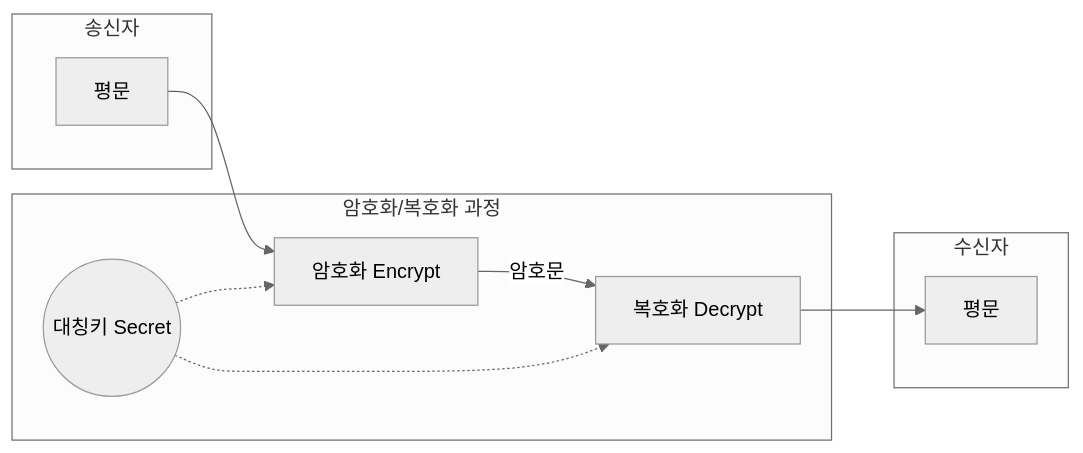
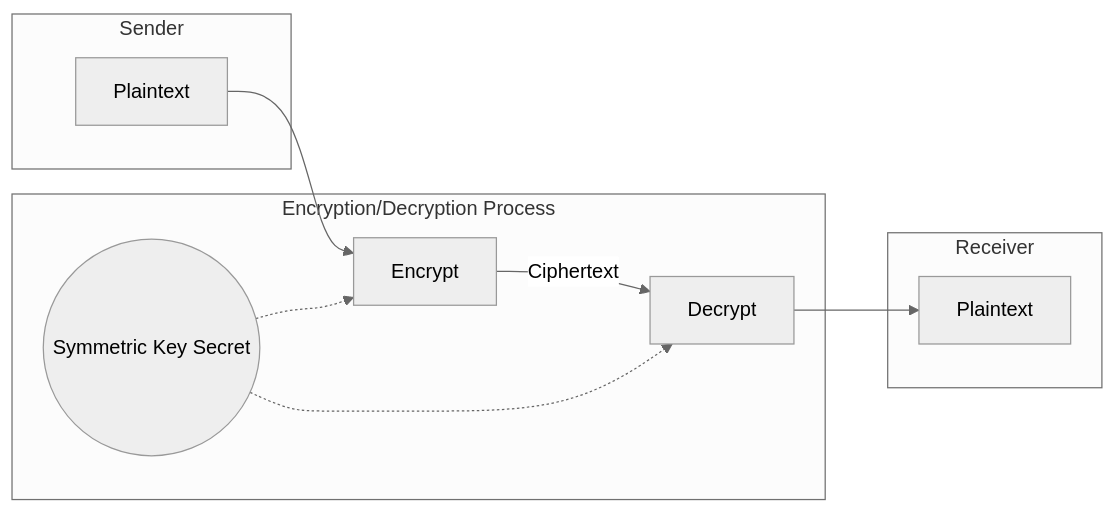
The first of 5 diagrams in content/security/01-foundation/13-crypto-basic-keys.md (jeonck/k8s-adv), drawn with Mermaid (neutral theme) before and after one commit. The commit also changed other lines of this file and 223 other files, not shown here.

````diff
--- a/content/security/01-foundation/13-crypto-basic-keys.md
+++ b/content/security/01-foundation/13-crypto-basic-keys.md
@@ -26,22 +26,22 @@
 ```mermaid
 flowchart LR
-    subgraph "송신자"
-    P1["평문"]
+    subgraph "Sender"
+    P1["Plaintext"]
     end
     
-    subgraph "수신자"
-    P2["평문"]
+    subgraph "Receiver"
+    P2["Plaintext"]
     end
 
-    subgraph "암호화/복호화 과정"
-    E["암호화 Encrypt"]
-    D["복호화 Decrypt"]
-    K(("대칭키 Secret"))
+    subgraph "Encryption/Decryption Process"
+    E["Encrypt"]
+    D["Decrypt"]
+    K(("Symmetric Key Secret"))
     end
 
     P1 --> E
-    E -- "암호문" --> D
+    E -- "Ciphertext" --> D
     D --> P2
     K -.-> E
     K -.-> D
 ```
````
